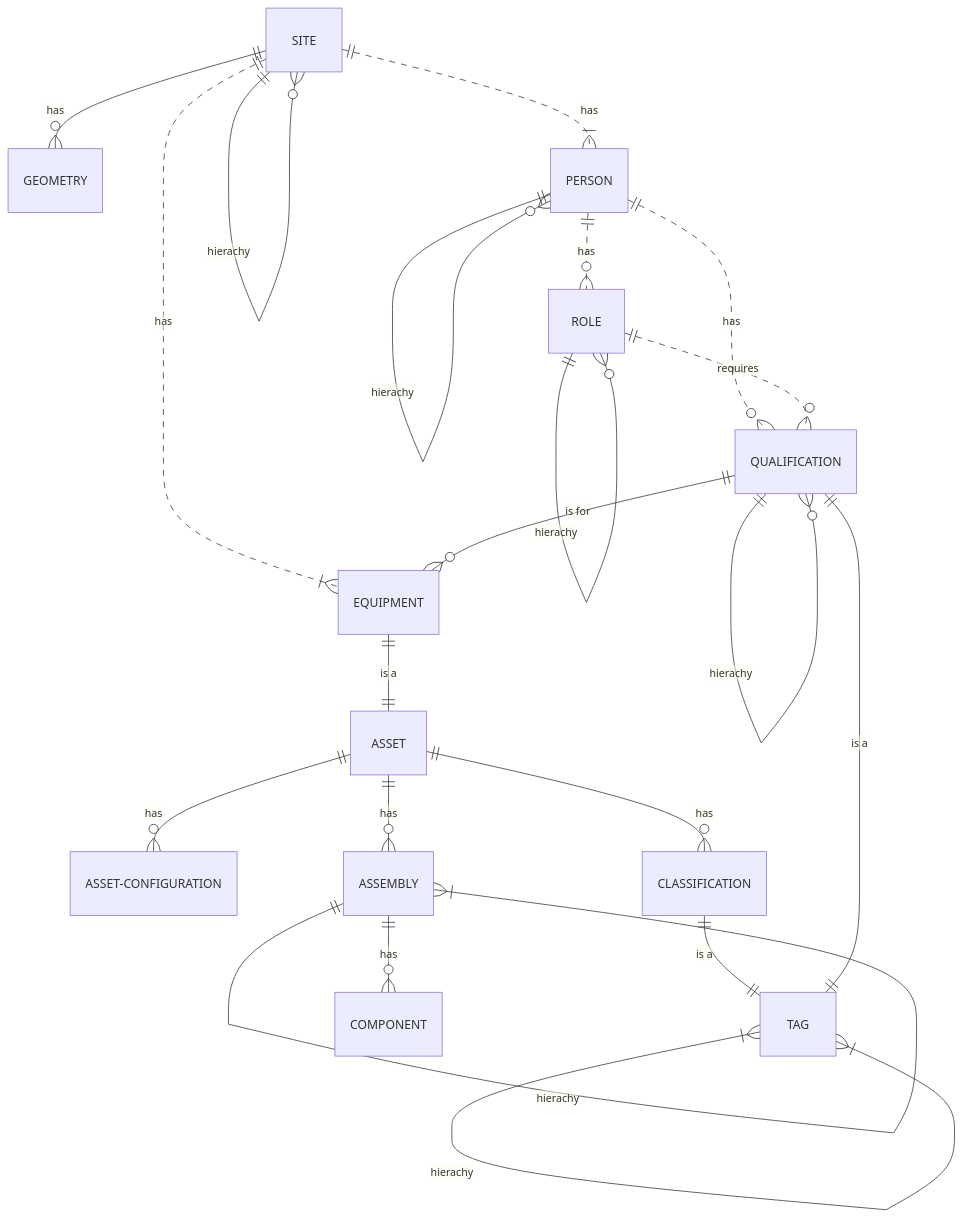
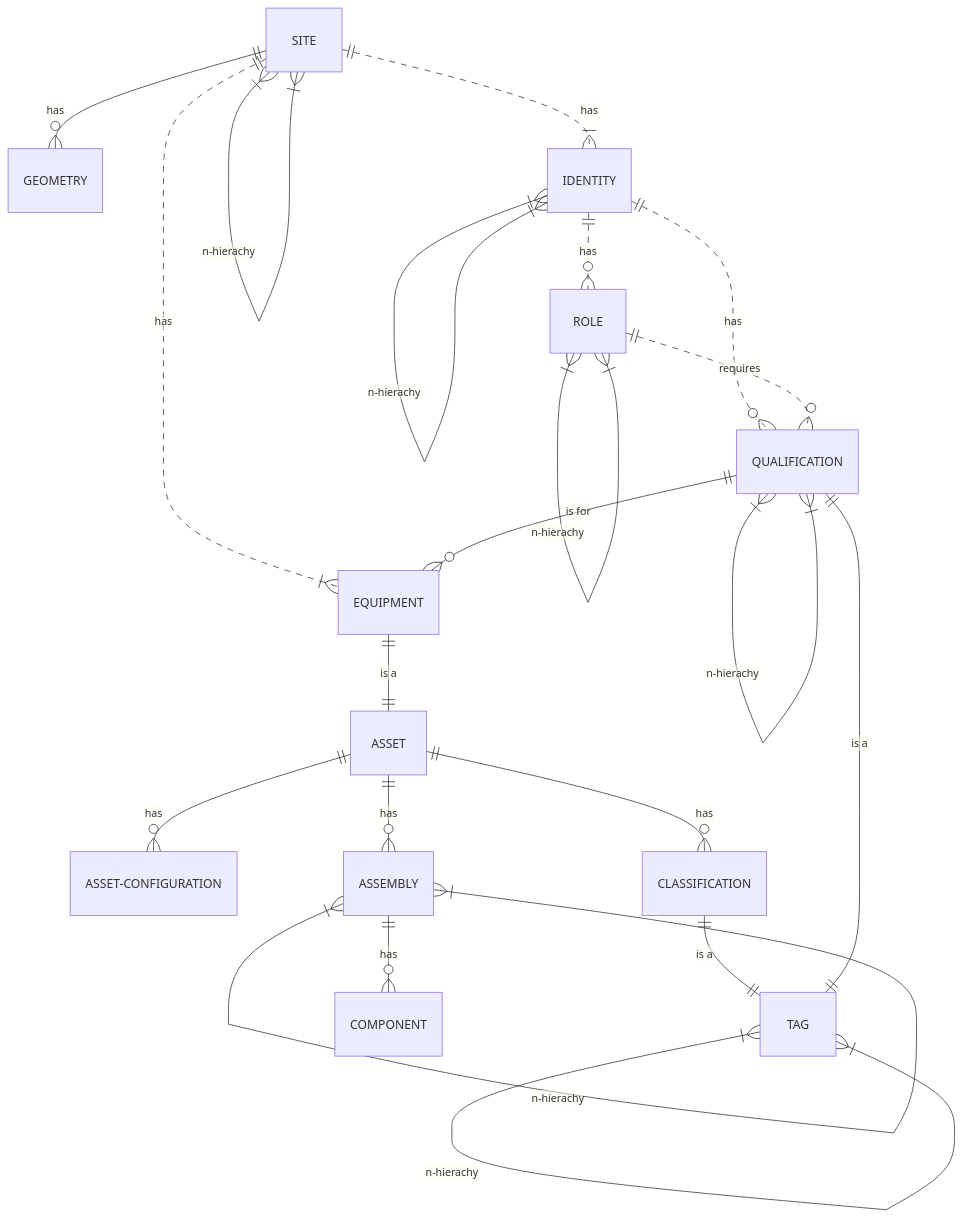
The diagram in content/en/docs/Architectures/xDNA/Patterns/Building Blocks/_index.md (petersgiles/reference-architecture), drawn with Mermaid before and after one commit. The commit also changed 2 other files, not shown here.

````diff
--- a/content/en/docs/Architectures/xDNA/Patterns/Building Blocks/_index.md
+++ b/content/en/docs/Architectures/xDNA/Patterns/Building Blocks/_index.md
@@ -12,31 +12,34 @@
 ```mermaid
 erDiagram
-          SITE ||--o{ SITE : "hierachy"
+
+          SITE }|--|{ SITE : "n-hierachy"
           SITE ||--o{ GEOMETRY : "has"
           SITE ||..|{ EQUIPMENT : "has"
 
           EQUIPMENT ||--|| ASSET : "is a"    
 
           ASSET ||--o{ ASSET-CONFIGURATION : "has"
           ASSET ||--o{ CLASSIFICATION : "has"
 
           CLASSIFICATION ||--|| TAG : "is a"
-          TAG }|--|{ TAG : hierachy
+          TAG }|--|{ TAG : n-hierachy
           ASSET ||--o{ ASSEMBLY : "has"
 
-          ASSEMBLY ||--|{ ASSEMBLY : "hierachy"
+          ASSEMBLY }|--|{ ASSEMBLY : "n-hierachy"
           ASSEMBLY ||--o{ COMPONENT : "has"
 
-          SITE ||..|{ PERSON : "has"
-          PERSON ||--o{ PERSON : "hierachy"
-          PERSON ||..o{ ROLE : "has"
-          PERSON ||..o{ QUALIFICATION : "has"
+          SITE ||..|{ IDENTITY : "has"
+          IDENTITY }|--|{ IDENTITY : "n-hierachy"
+          IDENTITY ||..o{ ROLE : "has"
+          IDENTITY ||..o{ QUALIFICATION : "has"
 
-          ROLE ||--o{ ROLE : "hierachy"
+          ROLE }|--|{ ROLE : "n-hierachy"
           ROLE ||..o{ QUALIFICATION : "requires"
 
-          QUALIFICATION ||--o{ QUALIFICATION : "hierachy"
+          QUALIFICATION }|--|{ QUALIFICATION : "n-hierachy"
           QUALIFICATION ||--|| TAG : "is a"
           QUALIFICATION ||--o{ EQUIPMENT : "is for"
 
+          
+
 ```
````
